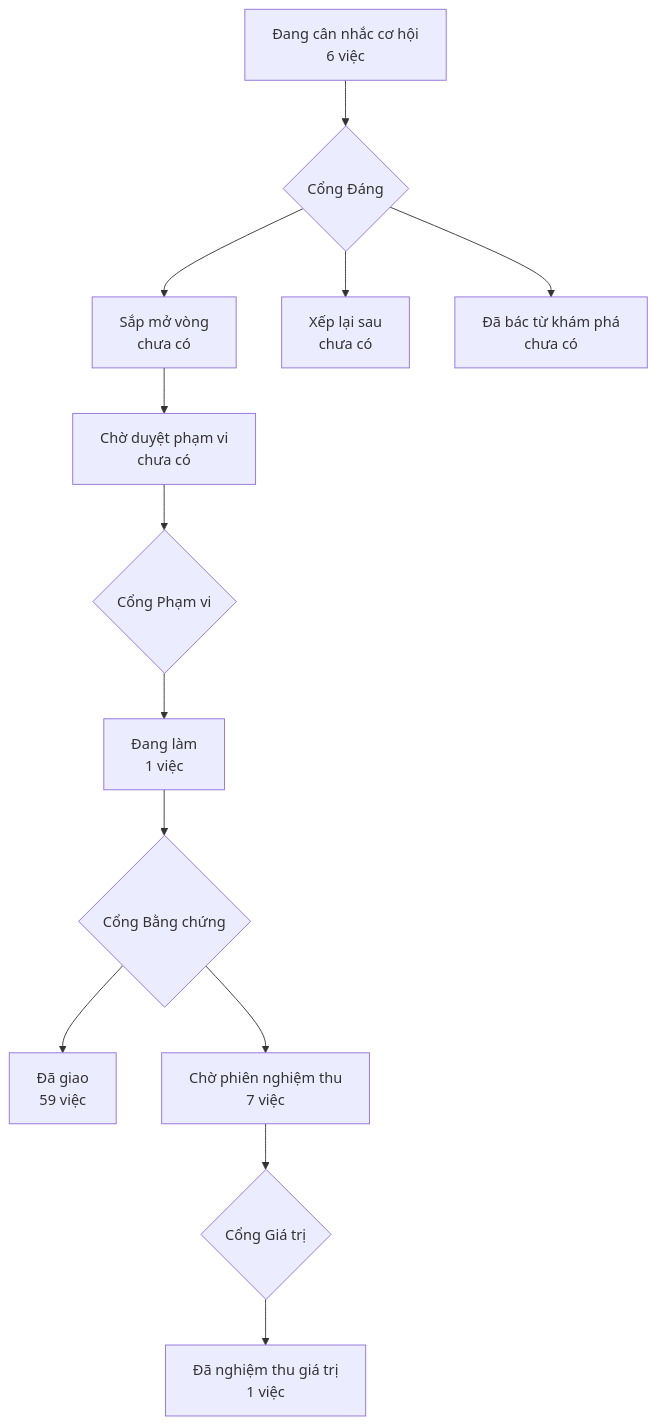
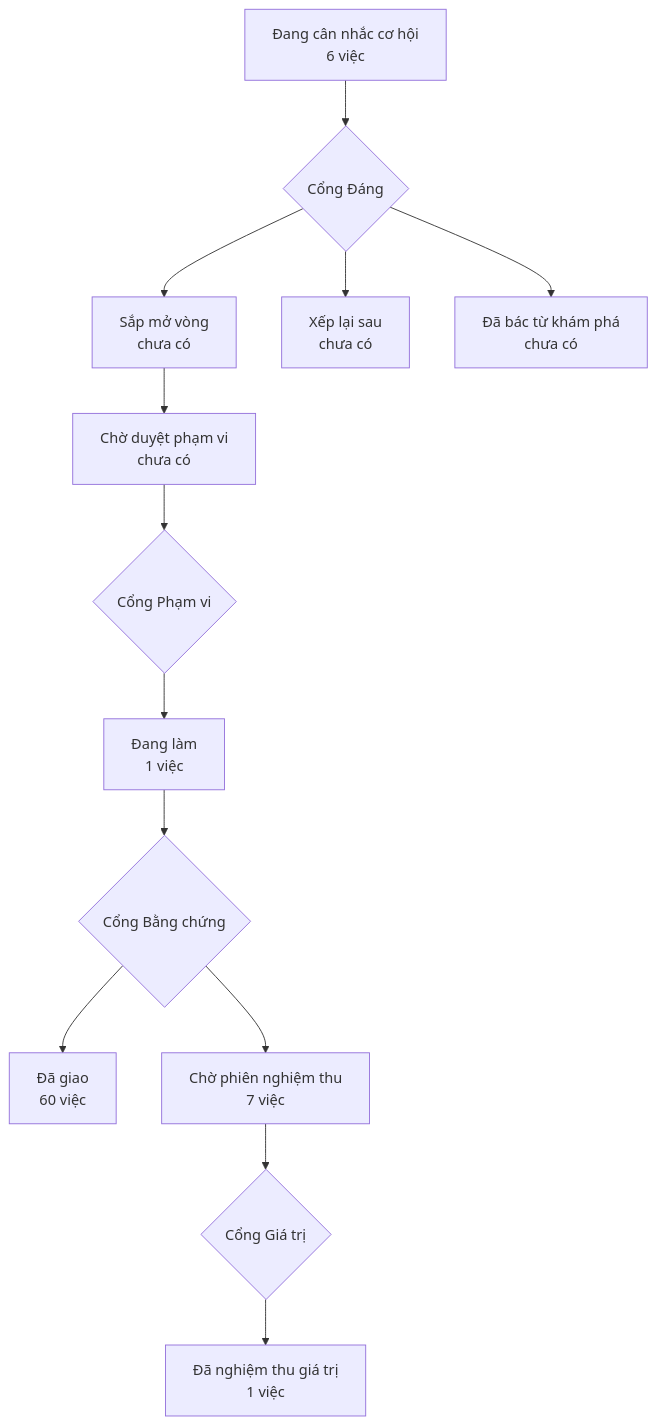
Before and after one commit to phanlemanh/crm-onehub: the diagram in PRODUCT-MAP.md, drawn with Mermaid.

Commit message:
chore: vẽ lại bản đồ sản phẩm sau khi gộp onehub

````diff
--- a/PRODUCT-MAP.md
+++ b/PRODUCT-MAP.md
@@ -6,12 +6,12 @@
 ```mermaid
 flowchart TD
   A["Đang cân nhắc cơ hội<br/>6 việc"] --> GD{"Cổng Đáng"}
   GD --> B["Sắp mở vòng<br/>chưa có"]
   GD --> XL["Xếp lại sau<br/>chưa có"]
   GD --> DB["Đã bác từ khám phá<br/>chưa có"]
   B --> CD["Chờ duyệt phạm vi<br/>chưa có"] --> GP{"Cổng Phạm vi"}
   GP --> DL["Đang làm<br/>1 việc"] --> GB{"Cổng Bằng chứng"}
-  GB --> DG["Đã giao<br/>59 việc"]
+  GB --> DG["Đã giao<br/>60 việc"]
   GB --> CN["Chờ phiên nghiệm thu<br/>7 việc"] --> GG{"Cổng Giá trị"}
   GG --> NT["Đã nghiệm thu giá trị<br/>1 việc"]
 ```
````
